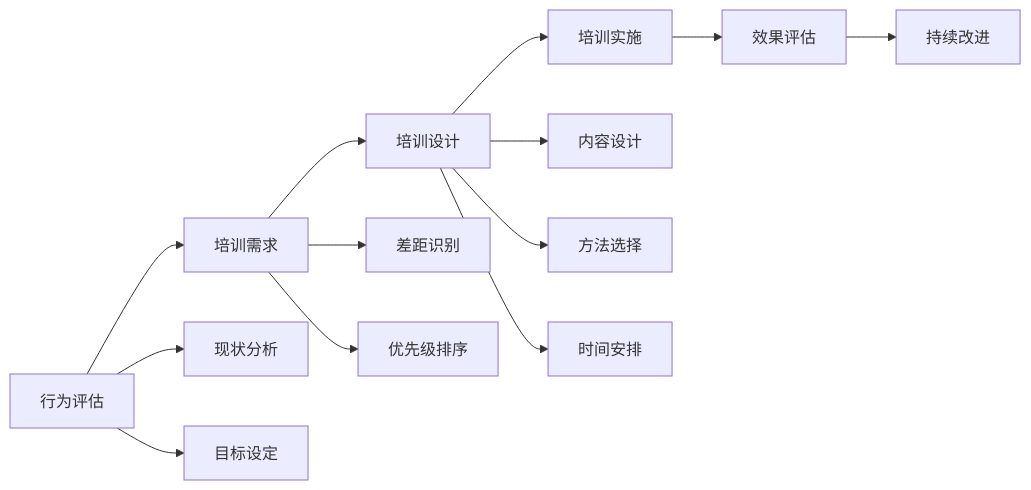
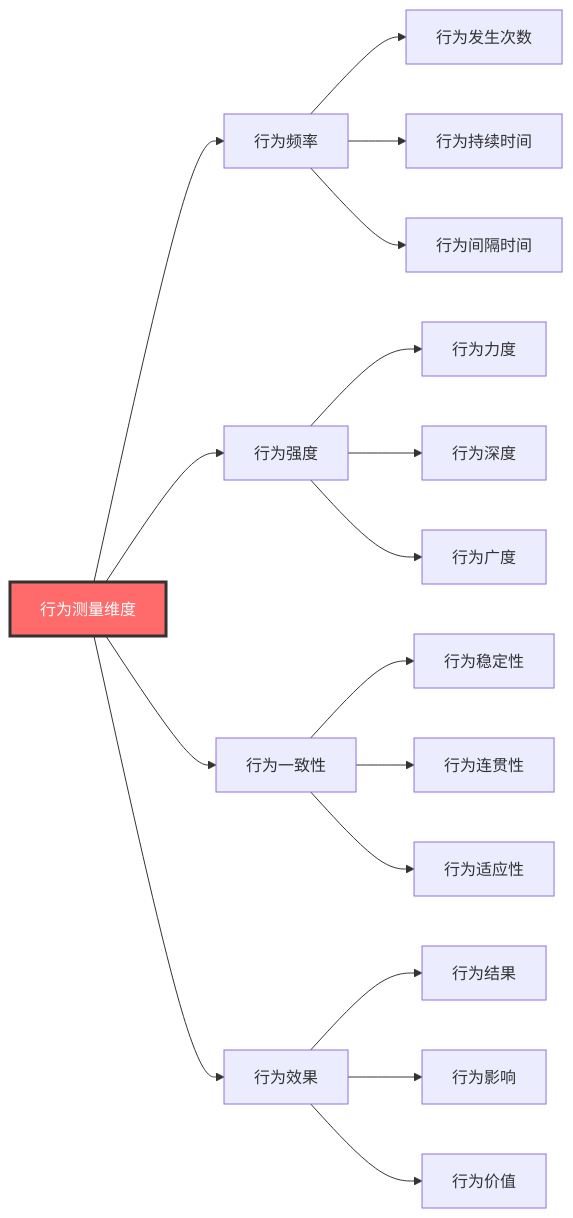
One commit to Anping2017/obsidian changed the sixth of 7 diagrams in 企业领导力/02-理论理解层/经典领导理论/02-行为理论.md. Above: the diagram before and after it, drawn with Mermaid. The commit also changed other lines of this file and 8 other files, not shown here.

````diff
--- a/企业领导力/02-理论理解层/经典领导理论/02-行为理论.md
+++ b/企业领导力/02-理论理解层/经典领导理论/02-行为理论.md
@@ -190,18 +183,25 @@
 ```mermaid
 graph LR
-    A[行为评估] --> B[培训需求]
-    B --> C[培训设计]
-    C --> D[培训实施]
-    D --> E[效果评估]
-    E --> F[持续改进]
+    A[行为测量维度] --> B[行为频率]
+    A --> C[行为强度]
+    A --> D[行为一致性]
+    A --> E[行为效果]
     
-    A --> A1[现状分析]
-    A --> A2[目标设定]
+    B --> B1[行为发生次数]
+    B --> B2[行为持续时间]
+    B --> B3[行为间隔时间]
     
-    B --> B1[差距识别]
-    B --> B2[优先级排序]
+    C --> C1[行为力度]
+    C --> C2[行为深度]
+    C --> C3[行为广度]
     
-    C --> C1[内容设计]
-    C --> C2[方法选择]
-    C --> C3[时间安排]
+    D --> D1[行为稳定性]
+    D --> D2[行为连贯性]
+    D --> D3[行为适应性]
+    
+    E --> E1[行为结果]
+    E --> E2[行为影响]
+    E --> E3[行为价值]
+    
+    style A fill:#ff6b6b,stroke:#333,stroke-width:3px,color:#fff
 ```
````
